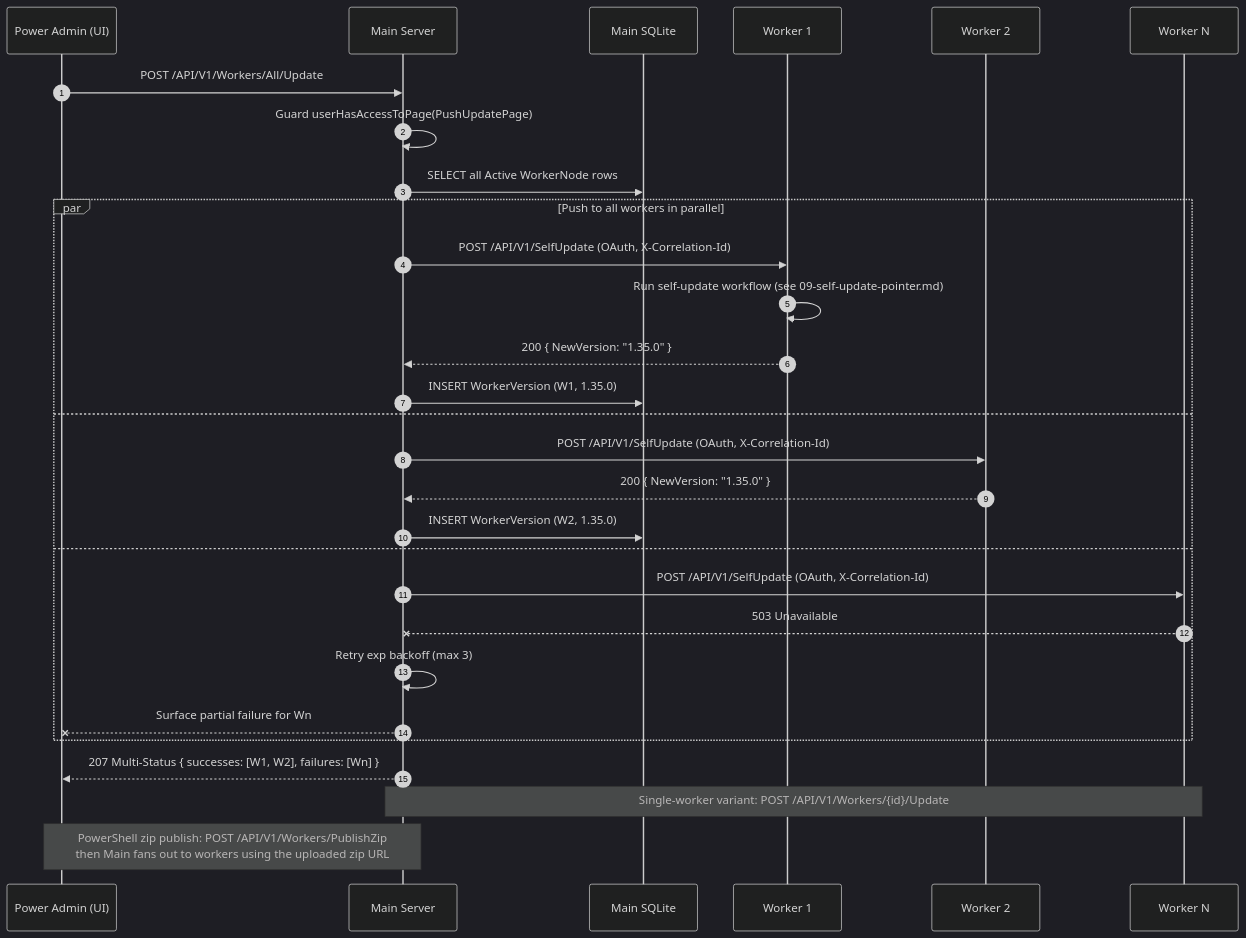
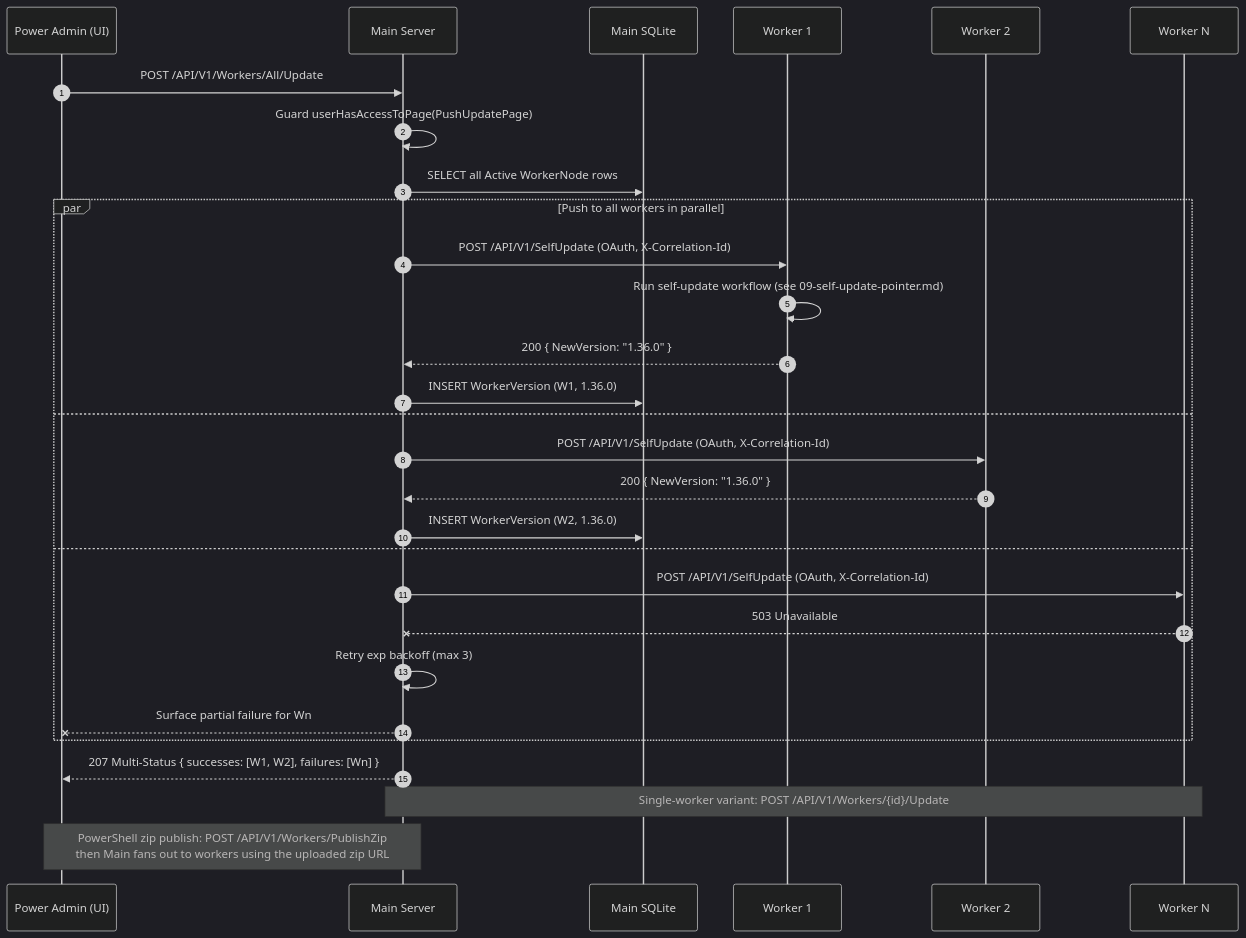
The diagram in spec/19-main-worker-service/diagrams/seq-push-update.mmd (alimtvnetwork/prompt-architect-v2), drawn with Mermaid (dark theme) before and after one commit. The commit also changed 15 other files, not shown here.

```diff
--- a/spec/19-main-worker-service/diagrams/seq-push-update.mmd
+++ b/spec/19-main-worker-service/diagrams/seq-push-update.mmd
@@ -1,43 +1,43 @@
 %% ==========================================================
 %% NON-AUTHORITATIVE PROJECTION
 %% ==========================================================
 %% Subject:        Power-Admin push-update fan-out
 %% Authoritative:  spec/14-update/28-worker-push-instruction.md + spec/19/15-tunable-constants.md
 %% Status:         Illustrative only. If this diagram disagrees
 %%                 with the authoritative spec(s) above, the
 %%                 spec wins and this file is the bug.
 %% Banner version: 1.0.0 (2026-05-04, audit fix #9)
 %% ==========================================================
 sequenceDiagram
     autonumber
     participant Admin as Power Admin (UI)
     participant Main as Main Server
     participant DB as Main SQLite
     participant W1 as Worker 1
     participant W2 as Worker 2
     participant Wn as Worker N
 
     Admin->>Main: POST /API/V1/Workers/All/Update
     Main->>Main: Guard userHasAccessToPage(PushUpdatePage)
     Main->>DB: SELECT all Active WorkerNode rows
 
     par Push to all workers in parallel
         Main->>W1: POST /API/V1/SelfUpdate (OAuth, X-Correlation-Id)
         W1->>W1: Run self-update workflow (see 09-self-update-pointer.md)
-        W1-->>Main: 200 { NewVersion: "1.35.0" }
-        Main->>DB: INSERT WorkerVersion (W1, 1.35.0)
+        W1-->>Main: 200 { NewVersion: "1.36.0" }
+        Main->>DB: INSERT WorkerVersion (W1, 1.36.0)
     and
         Main->>W2: POST /API/V1/SelfUpdate (OAuth, X-Correlation-Id)
-        W2-->>Main: 200 { NewVersion: "1.35.0" }
-        Main->>DB: INSERT WorkerVersion (W2, 1.35.0)
+        W2-->>Main: 200 { NewVersion: "1.36.0" }
+        Main->>DB: INSERT WorkerVersion (W2, 1.36.0)
     and
         Main->>Wn: POST /API/V1/SelfUpdate (OAuth, X-Correlation-Id)
         Wn--xMain: 503 Unavailable
         Main->>Main: Retry exp backoff (max 3)
         Main--xAdmin: Surface partial failure for Wn
     end
 
     Main-->>Admin: 207 Multi-Status { successes: [W1, W2], failures: [Wn] }
 
     Note over Main,Wn: Single-worker variant: POST /API/V1/Workers/{id}/Update
     Note over Admin,Main: PowerShell zip publish: POST /API/V1/Workers/PublishZip<br/>then Main fans out to workers using the uploaded zip URL
```
